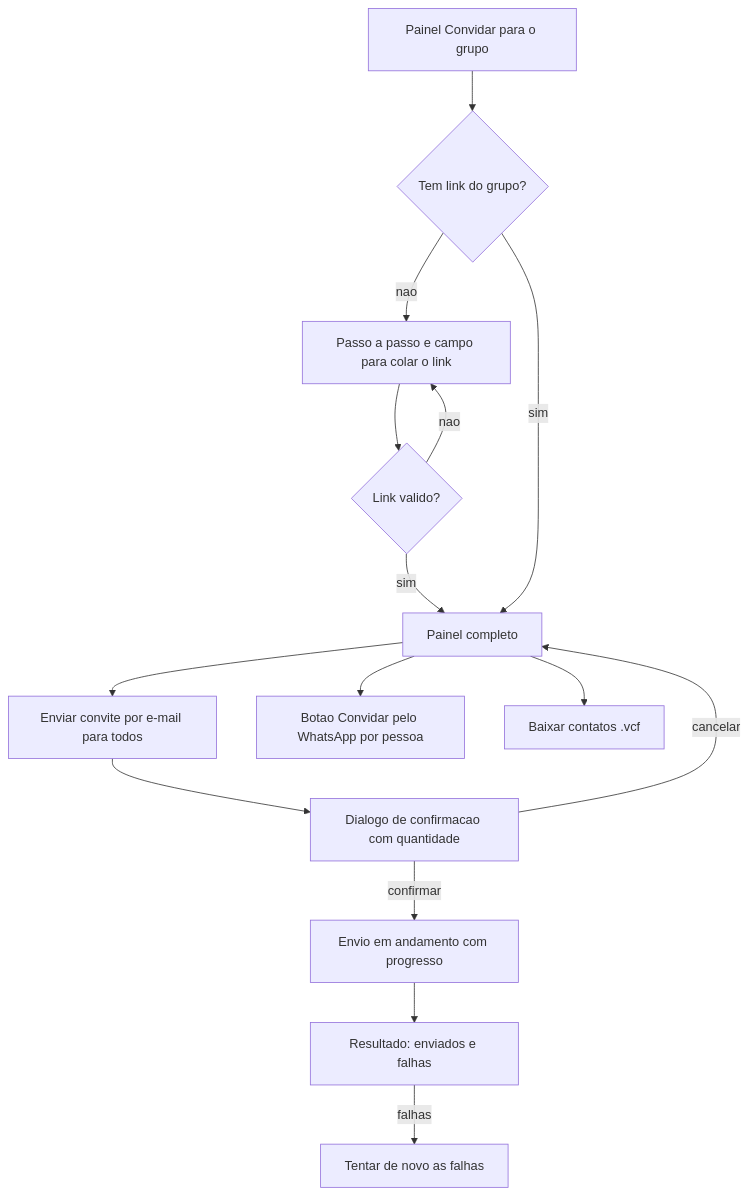
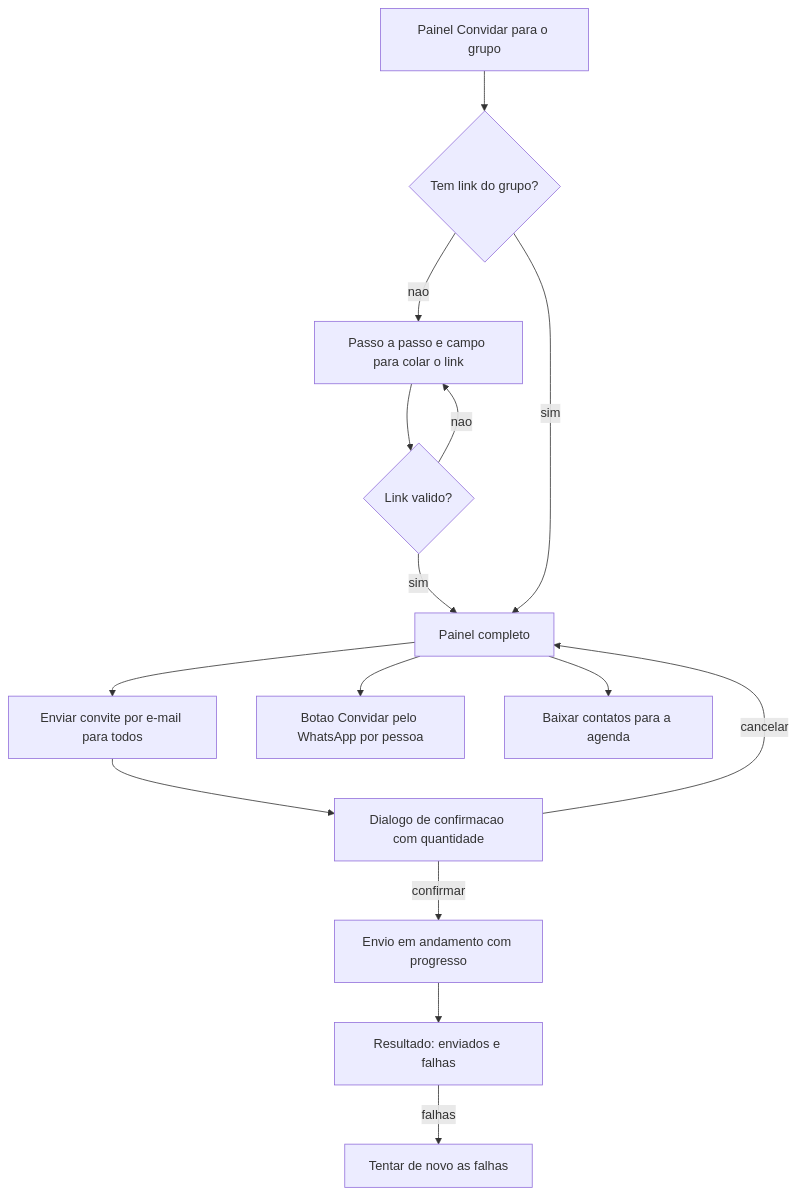
The seventh of 8 diagrams in specs/001-fase-0-no-ar/design/ui-ux.md (ThiagoMiranda40/form-builder-pro), drawn with Mermaid before and after one commit. The commit also changed other lines of this file and 7 other files, not shown here.

Commit message:
feat(spec-001): implementa T-60 - texto claro no botao de contatos para a agenda

````diff
--- a/specs/001-fase-0-no-ar/design/ui-ux.md
+++ b/specs/001-fase-0-no-ar/design/ui-ux.md
@@ -1213,17 +1213,17 @@
 ```mermaid
 flowchart TD
   S[Painel Convidar para o grupo] --> Q{Tem link do grupo?}
   Q -- nao --> P[Passo a passo e campo para colar o link]
   P --> V{Link valido?}
   V -- nao --> P
   V -- sim --> OK[Painel completo]
   Q -- sim --> OK
   OK --> M[Enviar convite por e-mail para todos]
   M --> C[Dialogo de confirmacao com quantidade]
   C -- cancelar --> OK
   C -- confirmar --> E[Envio em andamento com progresso]
   E --> R[Resultado: enviados e falhas]
   R -- falhas --> T[Tentar de novo as falhas]
   OK --> W[Botao Convidar pelo WhatsApp por pessoa]
-  OK --> D[Baixar contatos .vcf]
+  OK --> D[Baixar contatos para a agenda]
 ```
````
